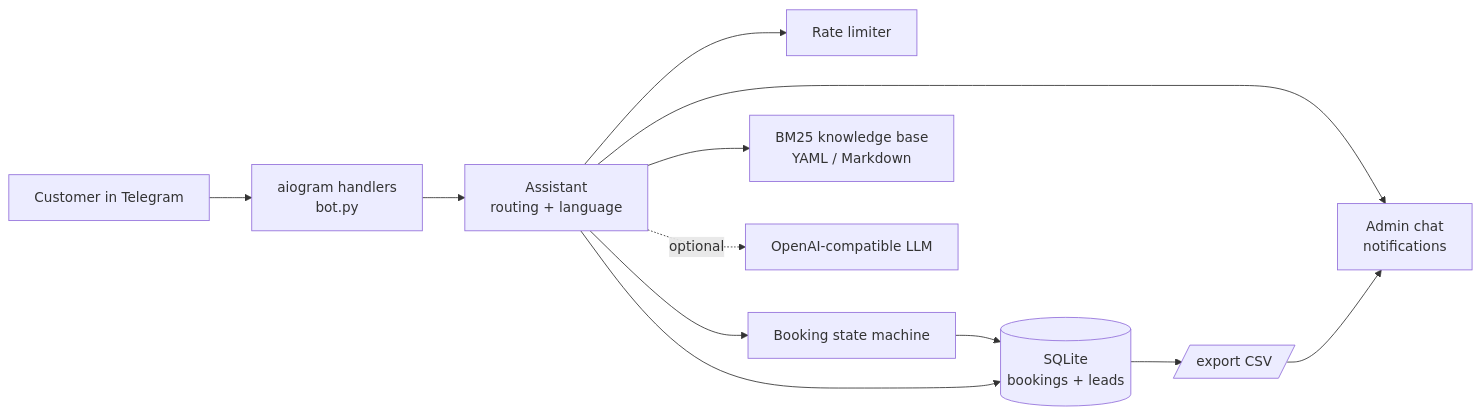
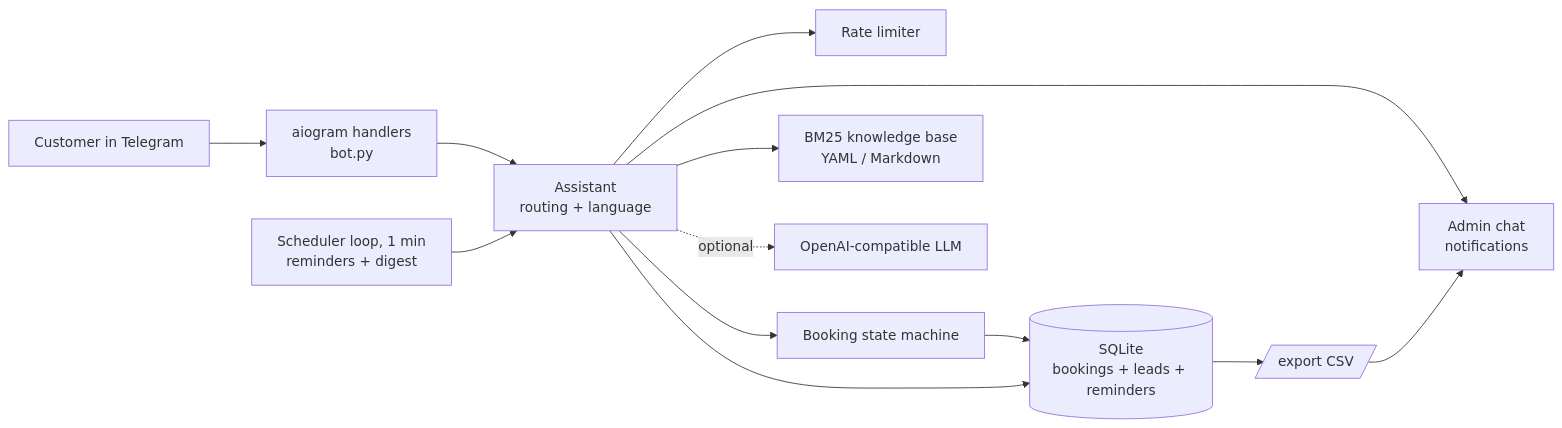
Before and after one commit to GEV44/telegram-ai-assistant-bot: the diagram in README.md, drawn with Mermaid. The commit also changed other lines of this file and 14 other files, not shown here.

First line of the commit message:
Add reminders, self-service rescheduling, owner digest and visit confirmation

````diff
--- a/README.md
+++ b/README.md
@@ -19,14 +23,15 @@
 ```mermaid
 flowchart LR
     U[Customer in Telegram] --> B[aiogram handlers<br/>bot.py]
     B --> A[Assistant<br/>routing + language]
     A --> RL[Rate limiter]
     A --> BK[Booking state machine]
     A --> KB[BM25 knowledge base<br/>YAML / Markdown]
     A -.optional.-> LLM[OpenAI-compatible LLM]
-    BK --> DB[(SQLite<br/>bookings + leads)]
+    BK --> DB[(SQLite<br/>bookings + leads + reminders)]
+    S[Scheduler loop, 1 min<br/>reminders + digest] --> A
     A --> DB
     A --> N[Admin chat<br/>notifications]
     DB --> X[/export CSV/]
     X --> N
 ```
````
